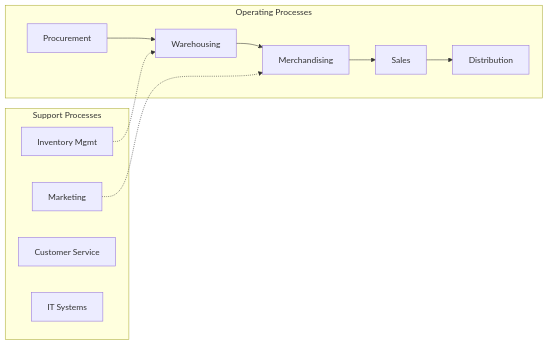
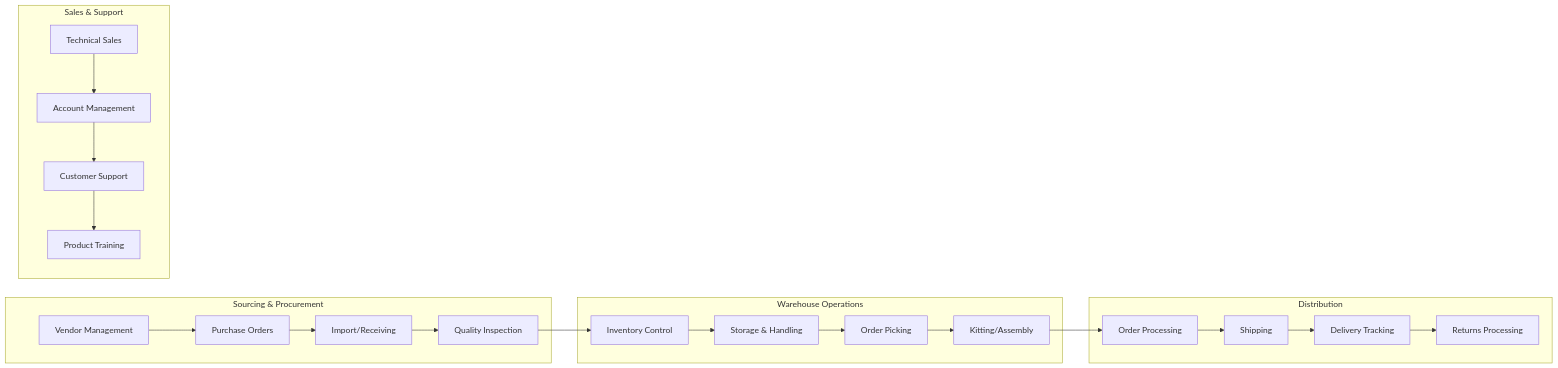
Before and after one commit to kziemski/business.org.ai: the second of 3 diagrams in industries/Wholesale/MerchantWholesalersDurableGoods/ElectronicGoodsMerchantWholesalers/index.mdx, drawn with Mermaid. The commit also changed other lines of this file and 19 other files, not shown here.

First line of the commit message:
feat: enrich industry files and add sequence diagrams to processes

````diff
--- a/industries/Wholesale/MerchantWholesalersDurableGoods/ElectronicGoodsMerchantWholesalers/index.mdx
+++ b/industries/Wholesale/MerchantWholesalersDurableGoods/ElectronicGoodsMerchantWholesalers/index.mdx
@@ -52,24 +63,35 @@
 ```mermaid
 flowchart LR
-    subgraph Operating["Operating Processes"]
-        O1["Procurement"]
-        O2["Warehousing"]
-        O3["Merchandising"]
-        O4["Sales"]
-        O5["Distribution"]
+    subgraph Sourcing["Sourcing & Procurement"]
+        S1["Vendor Management"]
+        S2["Purchase Orders"]
+        S3["Import/Receiving"]
+        S4["Quality Inspection"]
     end
 
-    subgraph Support["Support Processes"]
-        S1["Inventory Mgmt"]
-        S2["Marketing"]
-        S3["Customer Service"]
-        S4["IT Systems"]
+    subgraph Operations["Warehouse Operations"]
+        O1["Inventory Control"]
+        O2["Storage & Handling"]
+        O3["Order Picking"]
+        O4["Kitting/Assembly"]
     end
 
-    O1 --> O2
-    O2 --> O3
-    O3 --> O4
-    O4 --> O5
-    S1 -.-> O2
-    S2 -.-> O3
+    subgraph Distribution["Distribution"]
+        D1["Order Processing"]
+        D2["Shipping"]
+        D3["Delivery Tracking"]
+        D4["Returns Processing"]
+    end
+
+    subgraph Sales["Sales & Support"]
+        M1["Technical Sales"]
+        M2["Account Management"]
+        M3["Customer Support"]
+        M4["Product Training"]
+    end
+
+    S1 --> S2 --> S3 --> S4
+    S4 --> O1 --> O2 --> O3 --> O4
+    O4 --> D1 --> D2 --> D3 --> D4
+    M1 --> M2 --> M3 --> M4
 ```
````
